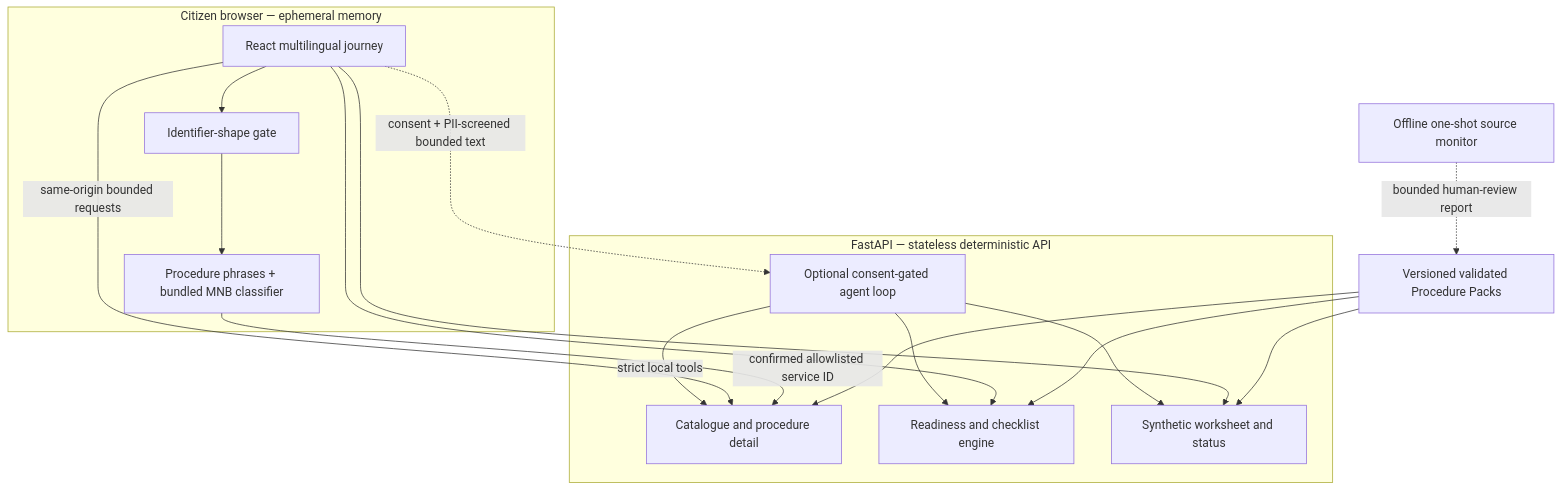
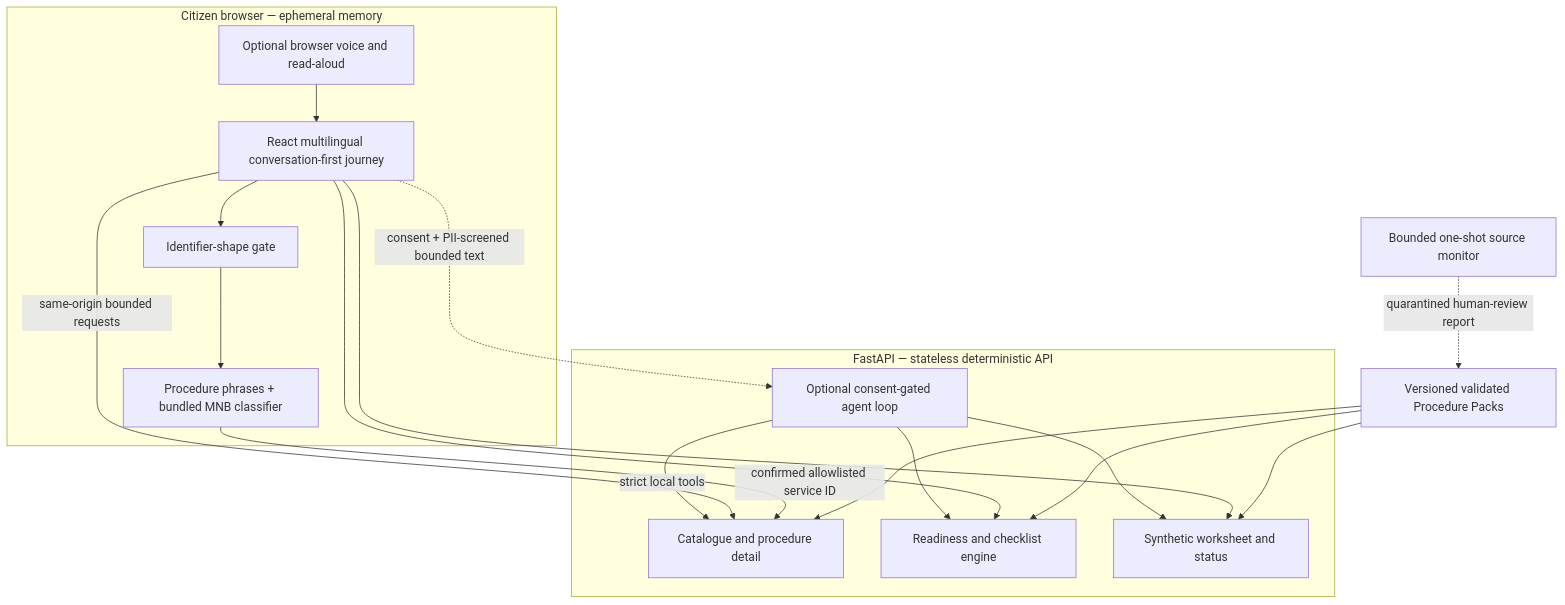
One commit to ima-a/Sahayi changed the diagram in docs/architecture.md. Above: the diagram before and after it, drawn with Mermaid. The commit also changed other lines of this file and 18 other files, not shown here.

Commit message:
feat: make Sahayi conversation-first

````diff
--- a/docs/architecture.md
+++ b/docs/architecture.md
@@ -5,29 +5,30 @@
 ```mermaid
 flowchart TB
     subgraph Browser[Citizen browser — ephemeral memory]
-      UI[React multilingual journey]
+      UI[React multilingual conversation-first journey]
+      Voice[Optional browser voice and read-aloud]
       Gate[Identifier-shape gate]
       Match[Procedure phrases + bundled MNB classifier]
-      UI --> Gate --> Match
+      Voice --> UI --> Gate --> Match
     end
 
     subgraph Server[FastAPI — stateless deterministic API]
       Catalogue[Catalogue and procedure detail]
       Readiness[Readiness and checklist engine]
       Demo[Synthetic worksheet and status]
       Agent[Optional consent-gated agent loop]
     end
 
     Packs[Versioned validated Procedure Packs] --> Catalogue
     Packs --> Readiness
     Packs --> Demo
     Match -->|confirmed allowlisted service ID| Catalogue
     UI -->|same-origin bounded requests| Catalogue
     UI --> Readiness
     UI --> Demo
     UI -. consent + PII-screened bounded text .-> Agent
     Agent -->|strict local tools| Catalogue
     Agent --> Readiness
     Agent --> Demo
-    Monitor[Offline one-shot source monitor] -. bounded human-review report .-> Packs
+    Monitor[Bounded one-shot source monitor] -. quarantined human-review report .-> Packs
 ```
````
